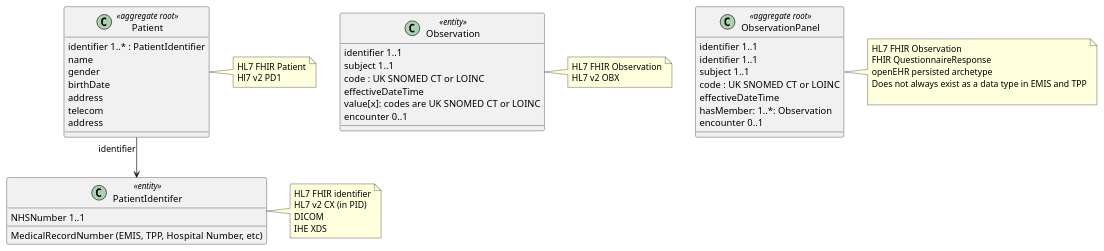
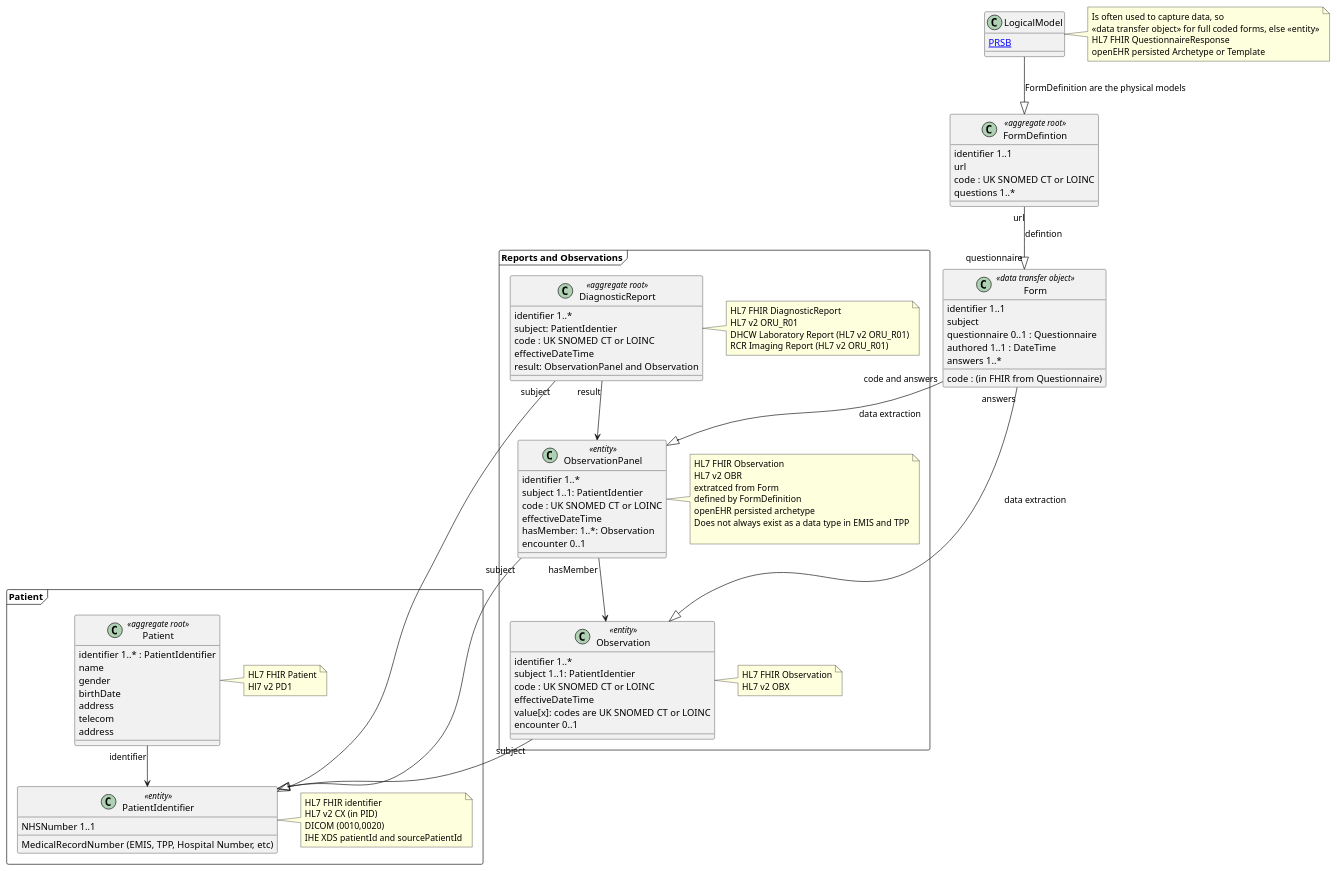
The diagram in input/images-source/entity-model.plantuml (KevinMayfield/VirtuallyHealthcare), drawn with PlantUML before and after one commit.

Commit message:
Improved model

```diff
--- a/input/images-source/entity-model.plantuml
+++ b/input/images-source/entity-model.plantuml
@@ -1,60 +1,118 @@
 @startuml
 
+frame PD1 as "Patient" {
 class Patient <<aggregate root>> {
 identifier 1..* : PatientIdentifier
 name
 gender
 birthDate
 address
 telecom
 address
 }
 note right
 HL7 FHIR Patient
 Hl7 v2 PD1
 end note
 
-class PatientIdentifer <<entity>> {
+class PatientIdentifier <<entity>> {
 NHSNumber 1..1
 MedicalRecordNumber (EMIS, TPP, Hospital Number, etc)
 }
 note right
 HL7 FHIR identifier
 HL7 v2 CX (in PID)
-DICOM
-IHE XDS
+DICOM (0010,0020)
+IHE XDS patientId and sourcePatientId
 end note
+}
 
-Patient "identifier" --> PatientIdentifer
-
+frame Report as "Reports and Observations" {
 class Observation <<entity>> {
-identifier 1..1
-subject 1..1
+identifier 1..*
+subject 1..1: PatientIdentier
 code : UK SNOMED CT or LOINC
 effectiveDateTime
 value[x]: codes are UK SNOMED CT or LOINC
 encounter 0..1
 }
 note right
 HL7 FHIR Observation
 HL7 v2 OBX
 end note
 
-class ObservationPanel <<aggregate root>> {
-identifier 1..1
-identifier 1..1
-subject 1..1
+
+class ObservationPanel <<entity>> {
+identifier 1..*
+subject 1..1: PatientIdentier
 code : UK SNOMED CT or LOINC
 effectiveDateTime
 hasMember: 1..*: Observation
 encounter 0..1
 }
 note right
 HL7 FHIR Observation
-FHIR QuestionnaireResponse
+HL7 v2 OBR
+extratced from Form
+defined by FormDefinition
 openEHR persisted archetype
 Does not always exist as a data type in EMIS and TPP
 
 end note
 
+class DiagnosticReport <<aggregate root>> {
+identifier 1..*
+subject: PatientIdentier
+code : UK SNOMED CT or LOINC
+effectiveDateTime
+result: ObservationPanel and Observation
+}
+note right
+HL7 FHIR DiagnosticReport
+HL7 v2 ORU_R01
+DHCW Laboratory Report (HL7 v2 ORU_R01)
+RCR Imaging Report (HL7 v2 ORU_R01)
+end note
+}
+
+class Form <<data transfer object>> {
+identifier 1..1
+subject
+questionnaire 0..1 : Questionnaire
+code : (in FHIR from Questionnaire)
+authored 1..1 : DateTime
+answers 1..*
+}
+
+class FormDefintion <<aggregate root>> {
+identifier 1..1
+url
+code : UK SNOMED CT or LOINC
+questions 1..*
+}
+
+class LogicalModel {
+[[https://theprsb.org/standards/ PRSB]]
+}
+
+
+note right
+Is often used to capture data, so
+<<data transfer object>> for full coded forms, else <<entity>>
+HL7 FHIR QuestionnaireResponse
+openEHR persisted Archetype or Template
+end note
+
+
+
+Patient "identifier" --> PatientIdentifier
+DiagnosticReport "result" --> ObservationPanel
+ObservationPanel "hasMember" --> Observation
+Observation "subject" --|> PatientIdentifier
+ObservationPanel "subject" --|> PatientIdentifier
+DiagnosticReport "subject" --|> PatientIdentifier
+Form "answers" --|> Observation : data extraction
+Form "code and answers" --|> ObservationPanel: data extraction
+FormDefintion "url" --|> "questionnaire" Form : defintion
+LogicalModel --|> FormDefintion: FormDefinition are the physical models
 @enduml
```
